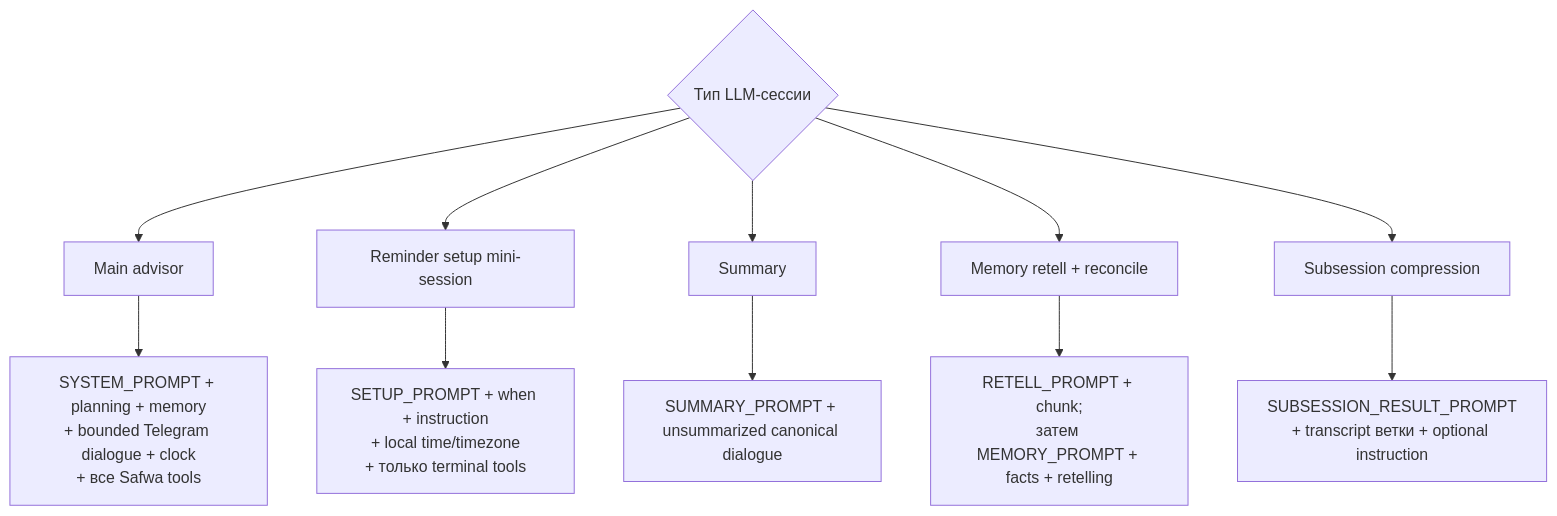
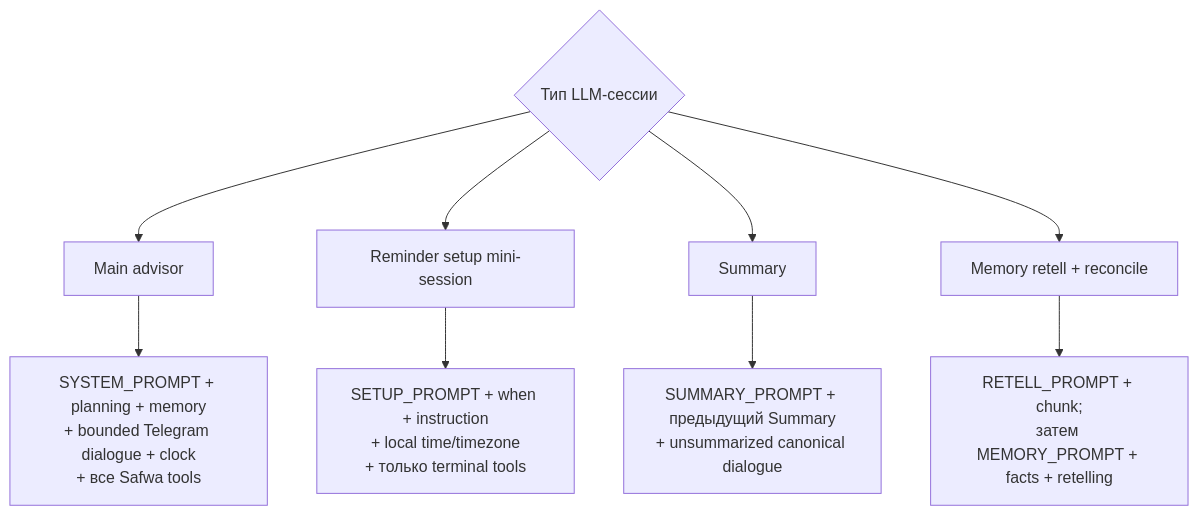
Before and after one commit to myvaheed/tg-ai-safwa: the second of 2 diagrams in docs/diagrams/03-session-contexts.md, drawn with Mermaid. The commit also changed other lines of this file and 28 other files, not shown here.

````diff
--- a/docs/diagrams/03-session-contexts.md
+++ b/docs/diagrams/03-session-contexts.md
@@ -33,15 +31,13 @@
 ```mermaid
 flowchart TD
     E{"Тип LLM-сессии"}
     E --> MAIN["Main advisor"]
     E --> SETUP["Reminder setup mini-session"]
     E --> SUM["Summary"]
     E --> RETELL["Memory retell + reconcile"]
-    E --> SUB["Subsession compression"]
 
     MAIN --> MC["SYSTEM_PROMPT + planning + memory<br/>+ bounded Telegram dialogue + clock<br/>+ все Safwa tools"]
     SETUP --> SC["SETUP_PROMPT + when + instruction<br/>+ local time/timezone<br/>+ только terminal tools"]
-    SUM --> SUC["SUMMARY_PROMPT + unsummarized canonical dialogue"]
+    SUM --> SUC["SUMMARY_PROMPT + предыдущий Summary<br/>+ unsummarized canonical dialogue"]
     RETELL --> MEC["RETELL_PROMPT + chunk;<br/>затем MEMORY_PROMPT + facts + retelling"]
-    SUB --> SBC["SUBSESSION_RESULT_PROMPT<br/>+ transcript ветки + optional instruction"]
 ```
````
